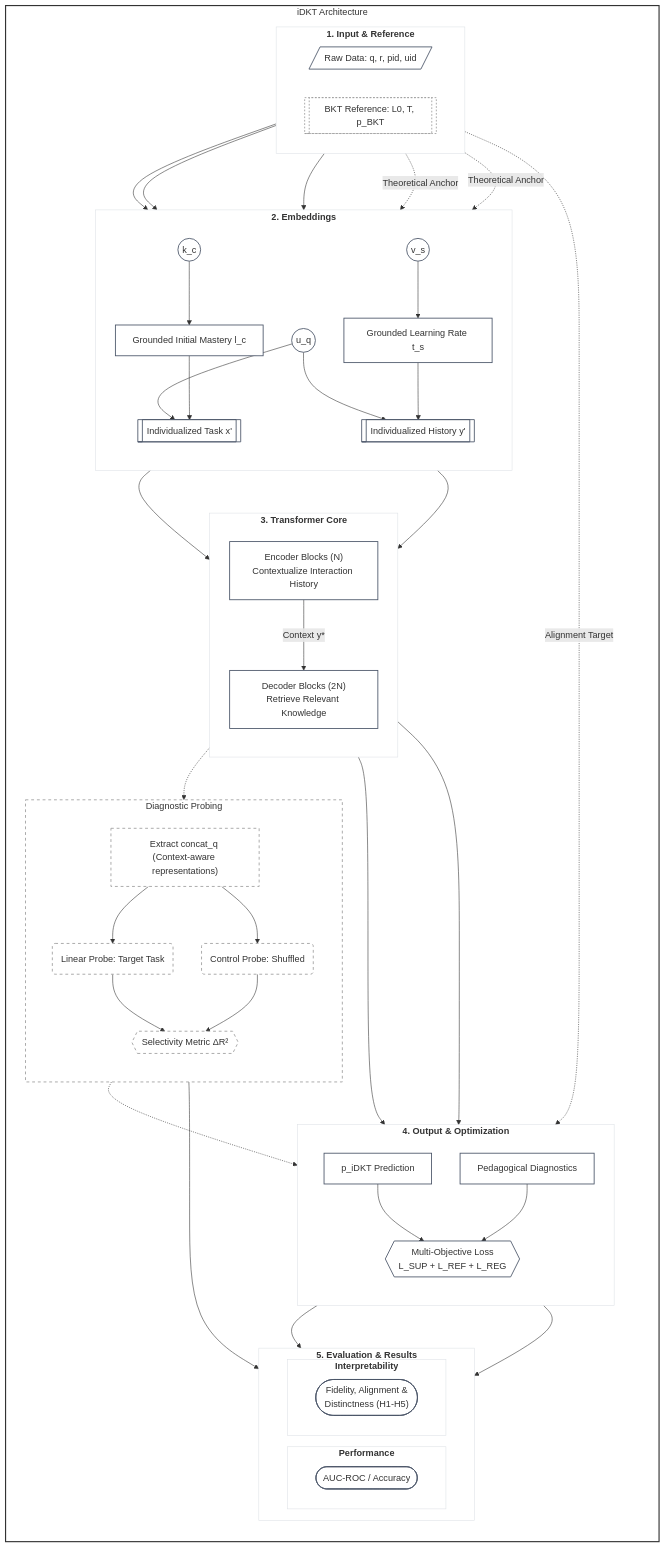
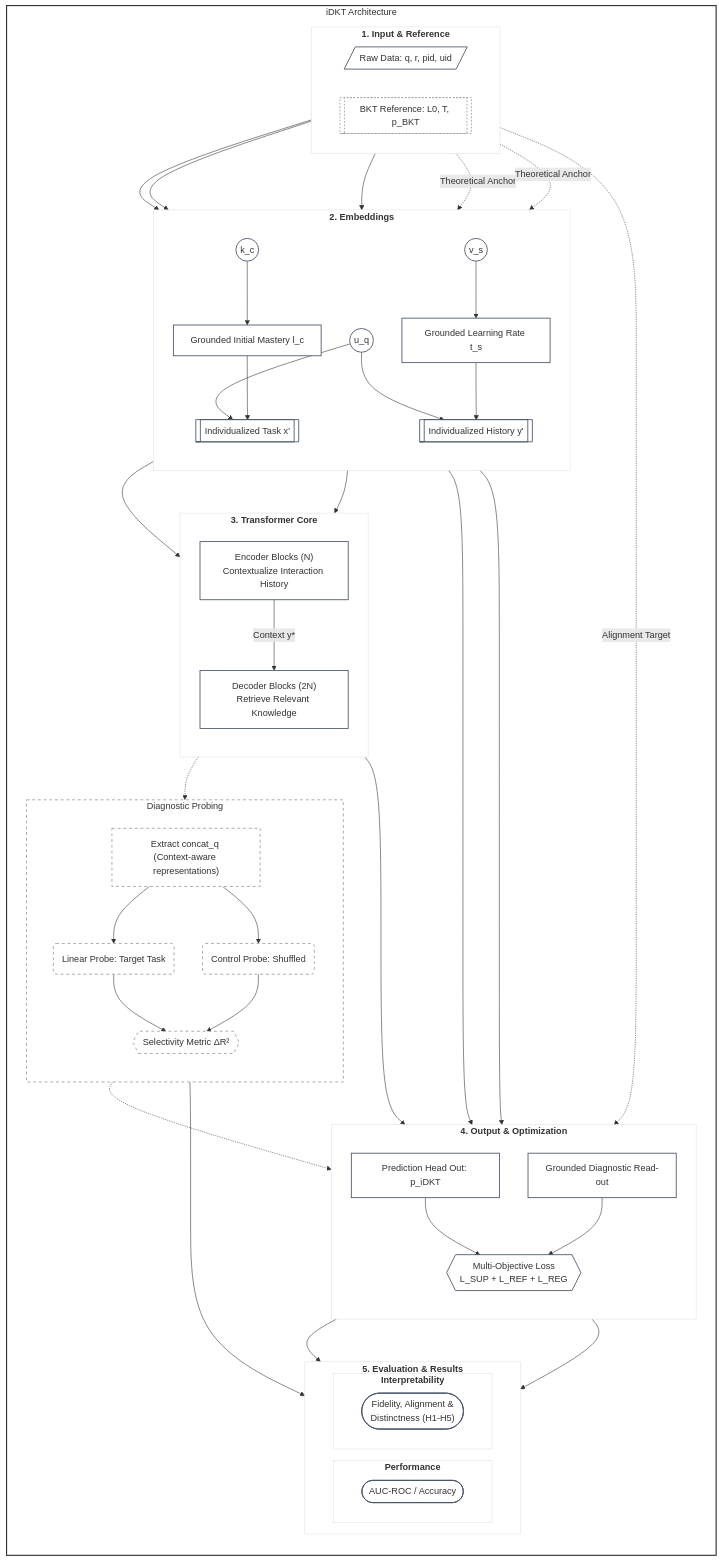
One commit to clabra/pykt-toolkit changed the second of 5 diagrams in paper/idkt.md. Above: the diagram before and after it, drawn with Mermaid. The commit also changed other lines of this file and 2 other files, not shown here.

Commit message:
doc: loss from embeddings

```diff
--- a/paper/idkt.md
+++ b/paper/idkt.md
@@ -232,8 +232,8 @@
         %% LAYER 3: OUTPUT & OPTIMIZATION
         subgraph Output_Layer ["4. Output & Optimization"]
             direction TB
-            Pred[p_iDKT Prediction]
-            Diag[Pedagogical Diagnostics]
+            Pred[Prediction Head Out: p_iDKT]
+            Diag[Grounded Diagnostic Read-out]
             Loss{{Multi-Objective Loss<br/>L_SUP + L_REF + L_REG}}
         end
 
@@ -294,7 +294,8 @@
         x_prime --> Decoder
         Encoder -- "Context y*" --> Decoder
         
-        Decoder --> Pred & Diag
+        Decoder --> Pred
+        lc & ts --> Diag
         Decoder -.-> Extract
         
         %% Probing Flow
```
